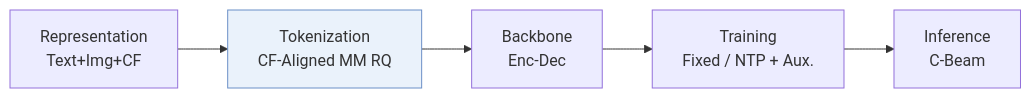
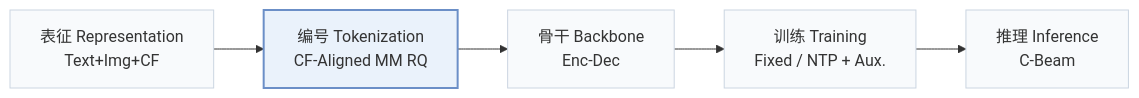
The first of 2 diagrams in pages/zh/papers/rofigr.md (Galaxy-ghost/Awesome-SID-Generative-Rec), drawn with Mermaid before and after one commit. The commit also changed other lines of this file and 649 other files, not shown here.

Commit message:
writer-05: also tags and modality index (schema, check, build, visuals); summary field removed; calibration data for 12 papers

````diff
--- a/pages/zh/papers/rofigr.md
+++ b/pages/zh/papers/rofigr.md
@@ -13,6 +15,8 @@
 ```mermaid
 flowchart LR
-    R["Representation<br/>Text+Img+CF"] --> T["Tokenization<br/>CF-Aligned MM RQ"] --> B["Backbone<br/>Enc-Dec"] --> TR["Training<br/>Fixed / NTP + Aux."] --> I["Inference<br/>C-Beam"]
-    classDef main fill:#eaf2fb,stroke:#6b8fc7
+    R["表征 Representation<br/>Text+Img+CF"] --> T["编号 Tokenization<br/>CF-Aligned MM RQ"] --> B["骨干 Backbone<br/>Enc-Dec"] --> TR["训练 Training<br/>Fixed / NTP + Aux."] --> I["推理 Inference<br/>C-Beam"]
+    classDef base fill:#f8fafc,stroke:#cbd5e1
+    class R,T,B,TR,I base
+    classDef main fill:#eaf2fb,stroke:#6b8fc7,stroke-width:2px
     class T main
 ```
````
